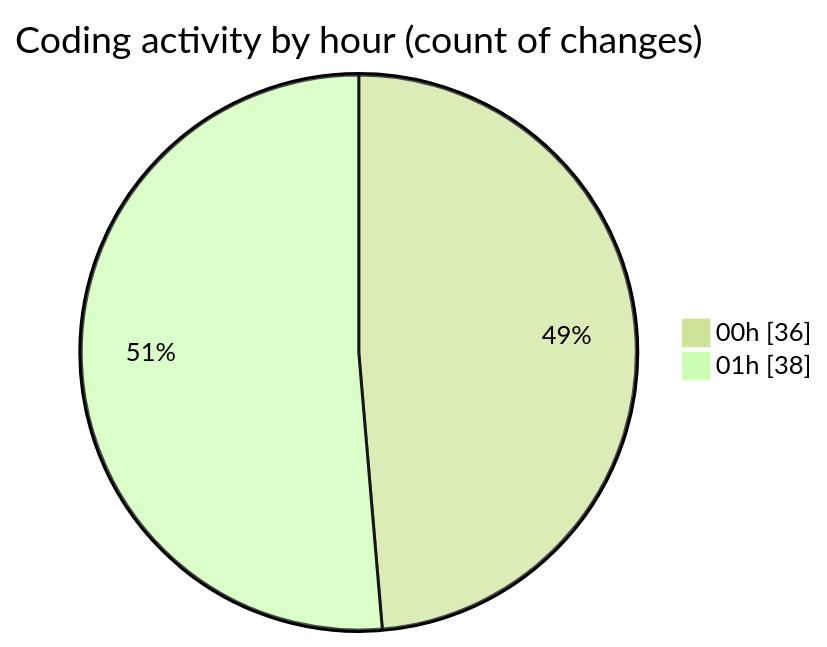
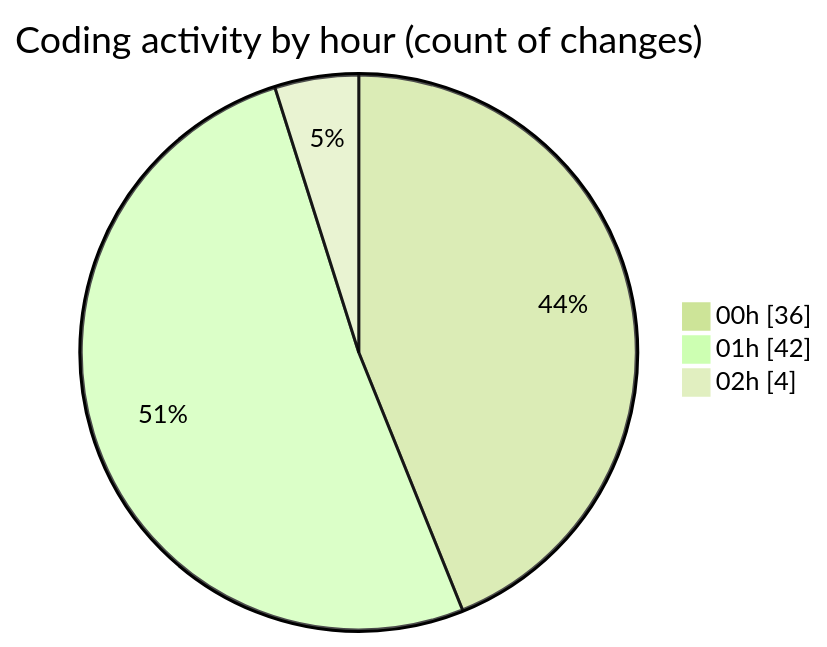
The second of 2 diagrams in 2025-05-04/houserentalservice/README.md (Ritupan-Deka/code-tracking), drawn with Mermaid (forest theme) before and after one commit. The commit also changed other lines of this file and 1 other file, not shown here.

````diff
--- a/2025-05-04/houserentalservice/README.md
+++ b/2025-05-04/houserentalservice/README.md
@@ -63,6 +64,7 @@
 ```mermaid
 pie showData
 title Coding activity by hour (count of changes)
 "00h" : 36
-"01h" : 38
+"01h" : 42
+"02h" : 4
 ```
````
